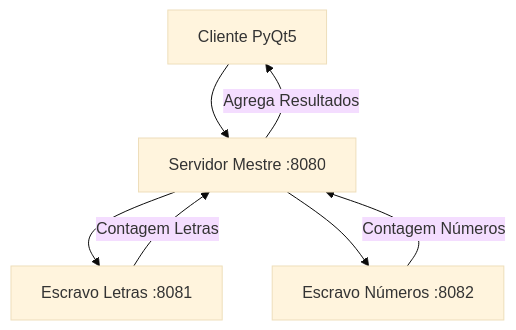
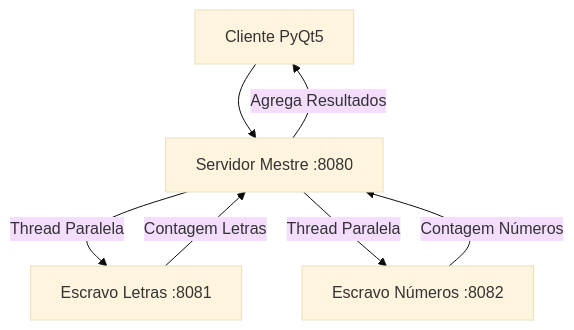
Before and after one commit to jffilho618/mestre-escravo-sistemas-distribuidos: the diagram in README.md, drawn with Mermaid (base theme). The commit also changed other lines of this file and 3 other files, not shown here.

````diff
--- a/README.md
+++ b/README.md
@@ -49,10 +49,10 @@
 ```mermaid
 graph TB
     Client[Cliente PyQt5] --> Master[Servidor Mestre :8080]
-    Master --> SlaveL[Escravo Letras :8081]
-    Master --> SlaveN[Escravo Números :8082]
+    Master --> |Thread Paralela| SlaveL[Escravo Letras :8081]
+    Master --> |Thread Paralela| SlaveN[Escravo Números :8082]
 
     Master --> |Agrega Resultados| Client
     SlaveL --> |Contagem Letras| Master
     SlaveN --> |Contagem Números| Master
 ```
````
